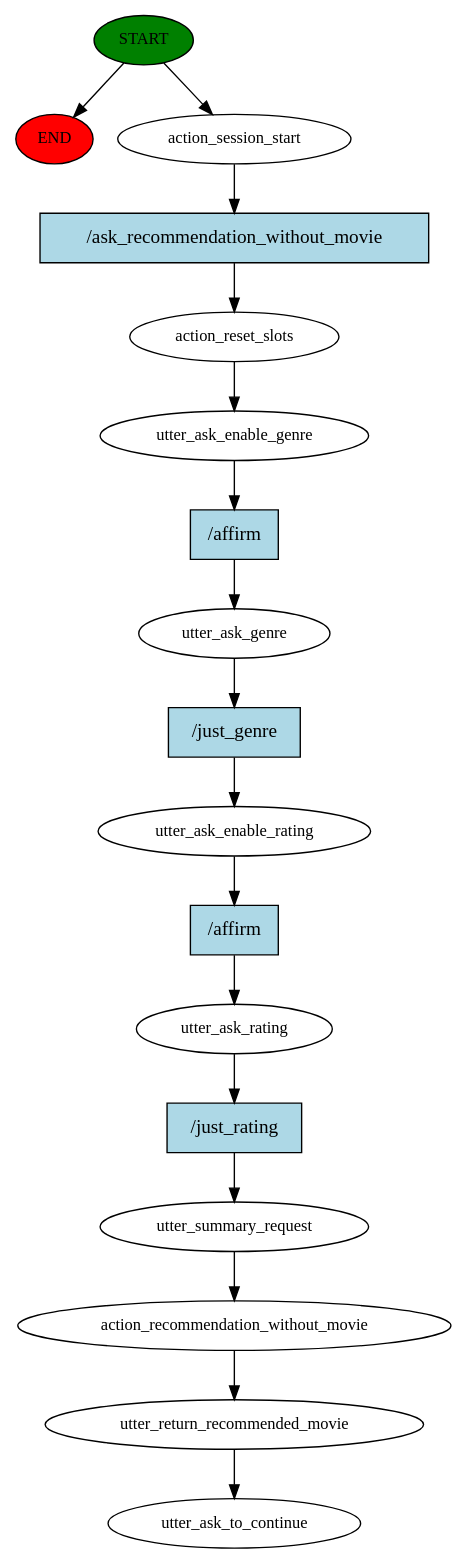
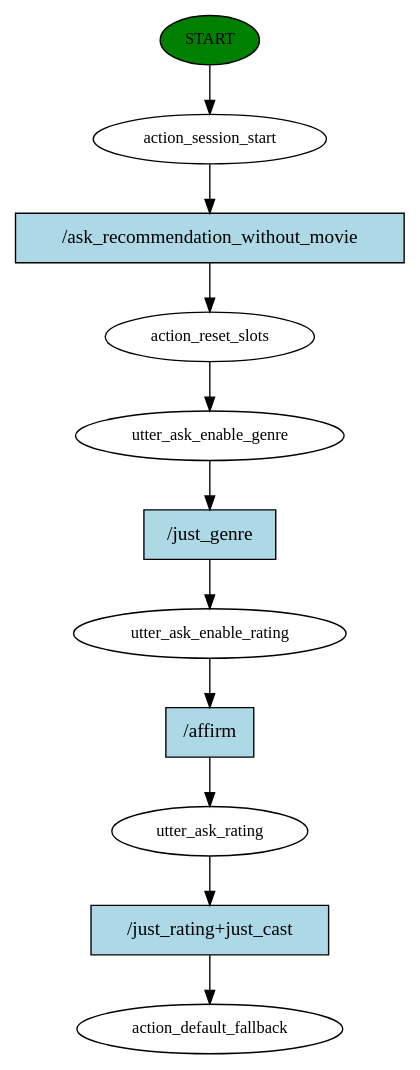
One commit to Bru0x11/Human_Machine_Dialogue-Rasa changed the diagram in story_graph.dot. Above: the diagram before and after it, drawn with Graphviz. The commit also changed 603 other files, not shown here.

```diff
--- a/story_graph.dot
+++ b/story_graph.dot
@@ -1,35 +1,23 @@
 digraph  {
 0 [class="start active", fillcolor=green, fontsize=12, label=START, style=filled];
-"-1" [class=end, fillcolor=red, fontsize=12, label=END, style=filled];
 1 [class=active, fontsize=12, label=action_session_start];
 2 [class=active, fontsize=12, label=action_reset_slots];
 3 [class=active, fontsize=12, label=utter_ask_enable_genre];
-4 [class=active, fontsize=12, label=utter_ask_genre];
-5 [class=active, fontsize=12, label=utter_ask_enable_rating];
-6 [class=active, fontsize=12, label=utter_ask_rating];
-7 [class=active, fontsize=12, label=utter_summary_request];
-8 [class=active, fontsize=12, label=action_recommendation_without_movie];
-9 [class=active, fontsize=12, label=utter_return_recommended_movie];
-10 [class="dashed active", fontsize=12, label=utter_ask_to_continue];
-11 [class="intent active", fillcolor=lightblue, label="/ask_recommendation_without_movie", shape=rect, style=filled];
-12 [class="intent active", fillcolor=lightblue, label="/affirm", shape=rect, style=filled];
-13 [class="intent active", fillcolor=lightblue, label="/just_genre", shape=rect, style=filled];
-14 [class="intent active", fillcolor=lightblue, label="/affirm", shape=rect, style=filled];
-15 [class="intent active", fillcolor=lightblue, label="/just_rating", shape=rect, style=filled];
-0 -> "-1"  [class="", key=NONE, label=""];
+4 [class=active, fontsize=12, label=utter_ask_enable_rating];
+5 [class=active, fontsize=12, label=utter_ask_rating];
+6 [class="dashed active", fontsize=12, label=action_default_fallback];
+7 [class="intent active", fillcolor=lightblue, label="/ask_recommendation_without_movie", shape=rect, style=filled];
+8 [class="intent active", fillcolor=lightblue, label="/just_genre", shape=rect, style=filled];
+9 [class="intent active", fillcolor=lightblue, label="/affirm", shape=rect, style=filled];
+10 [class="intent active", fillcolor=lightblue, label="/just_rating+just_cast", shape=rect, style=filled];
 0 -> 1  [class=active, key=NONE, label=""];
-1 -> 11  [class=active, key=0];
+1 -> 7  [class=active, key=0];
 2 -> 3  [class=active, key=NONE, label=""];
-3 -> 12  [class=active, key=0];
-4 -> 13  [class=active, key=0];
-5 -> 14  [class=active, key=0];
-6 -> 15  [class=active, key=0];
-7 -> 8  [class=active, key=NONE, label=""];
-8 -> 9  [class=active, key=NONE, label=""];
-9 -> 10  [class=active, key=NONE, label=""];
-11 -> 2  [class=active, key=0];
-12 -> 4  [class=active, key=0];
-13 -> 5  [class=active, key=0];
-14 -> 6  [class=active, key=0];
-15 -> 7  [class=active, key=0];
+3 -> 8  [class=active, key=0];
+4 -> 9  [class=active, key=0];
+5 -> 10  [class=active, key=0];
+7 -> 2  [class=active, key=0];
+8 -> 4  [class=active, key=0];
+9 -> 5  [class=active, key=0];
+10 -> 6  [class=active, key=0];
 }
```
